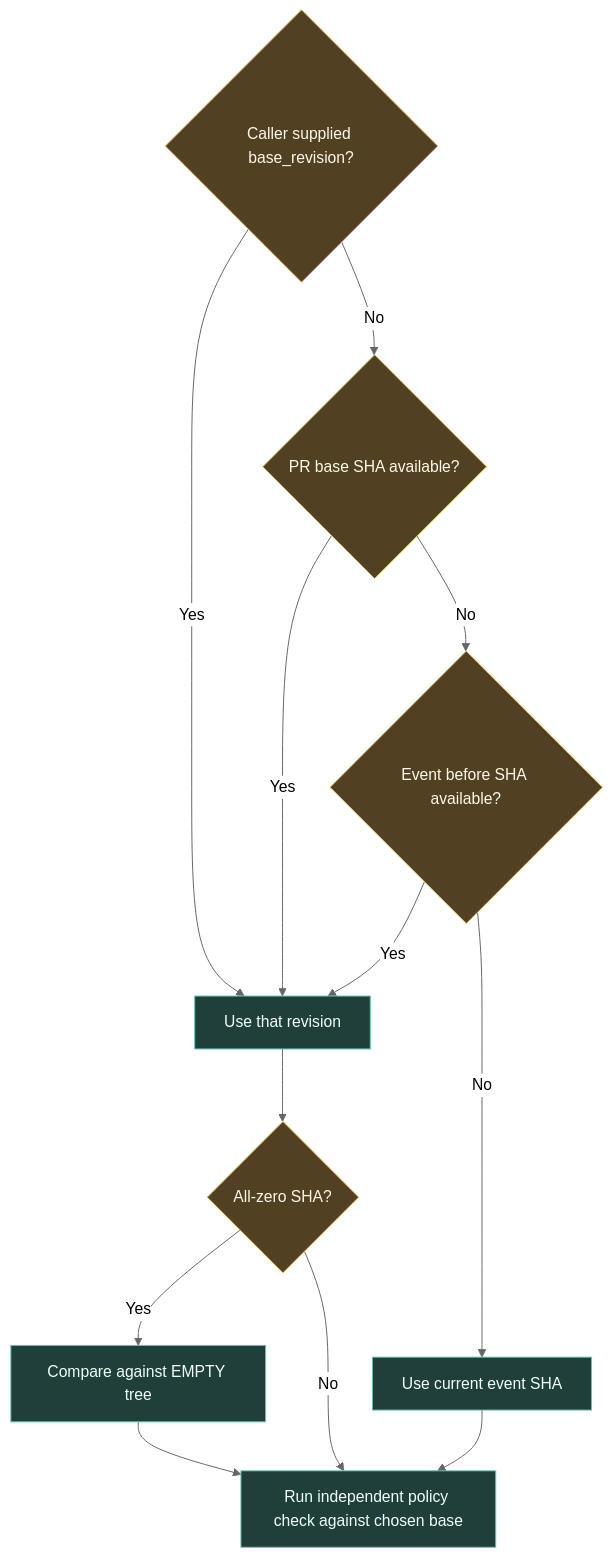
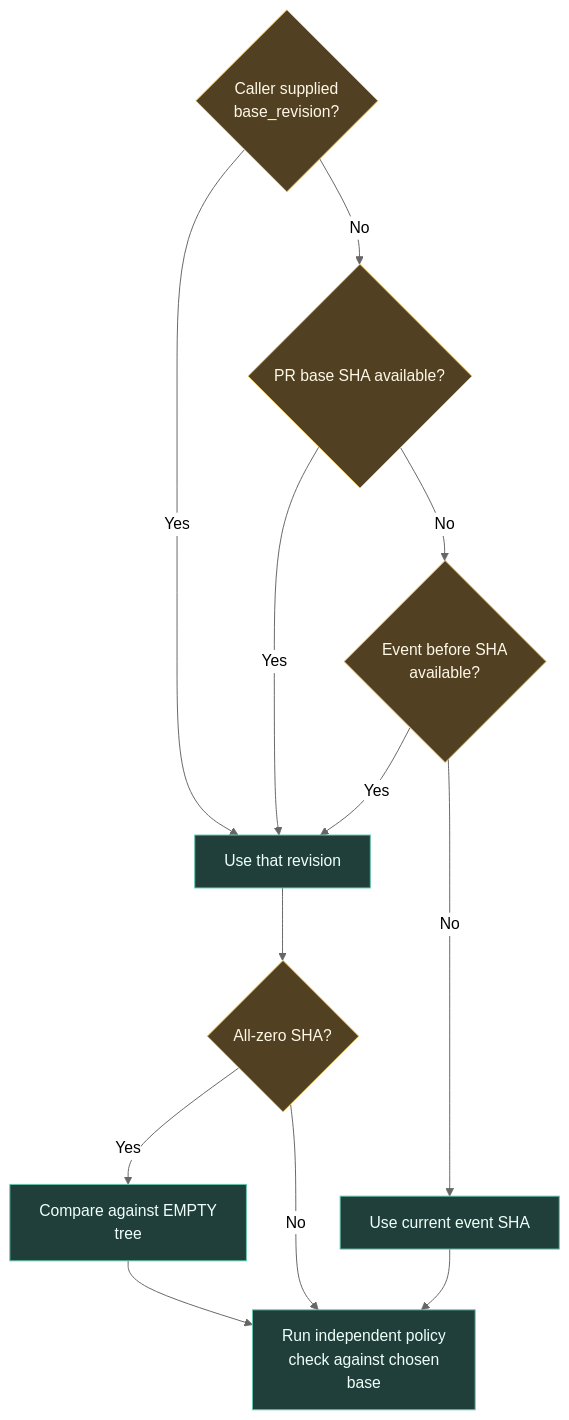
The second of 2 diagrams in docs/ci/harness-checks.md (ARTTU-Software/.github), drawn with Mermaid (neutral theme) before and after one commit. The commit also changed other lines of this file and 12 other files, not shown here.

Commit message:
docs: keep diagram labels readable within their nodes

````diff
--- a/docs/ci/harness-checks.md
+++ b/docs/ci/harness-checks.md
@@ -38,18 +38,18 @@
 ```mermaid
 flowchart TB
-    INPUT{"Caller supplied base_revision?"} -->|Yes| USE["Use that revision"]
+    INPUT{"Caller supplied<br/>base_revision?"} -->|Yes| USE["Use that revision"]
     INPUT -->|No| PR{"PR base SHA available?"}
     PR -->|Yes| USE
-    PR -->|No| BEFORE{"Event before SHA available?"}
+    PR -->|No| BEFORE{"Event before SHA<br/>available?"}
     BEFORE -->|Yes| USE
     BEFORE -->|No| CURRENT["Use current event SHA"]
     USE --> ZERO{"All-zero SHA?"}
-    ZERO -->|Yes| EMPTY["Compare against EMPTY tree"]
-    ZERO -->|No| VERIFY["Run independent policy check against chosen base"]
+    ZERO -->|Yes| EMPTY["Compare against EMPTY<br/>tree"]
+    ZERO -->|No| VERIFY["Run independent policy<br/>check against chosen<br/>base"]
     CURRENT --> VERIFY
     EMPTY --> VERIFY
     classDef work fill:#203f3b,stroke:#66c5ae,color:#f0fff9
     classDef check fill:#514122,stroke:#e8bf63,color:#fff8e8
     class INPUT,PR,BEFORE,ZERO check
     class USE,CURRENT,EMPTY,VERIFY work
 ```
````
